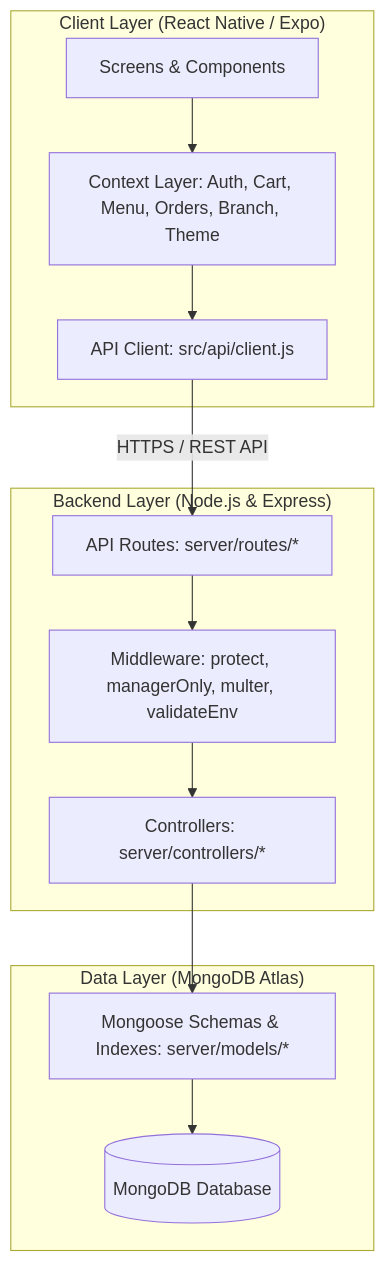
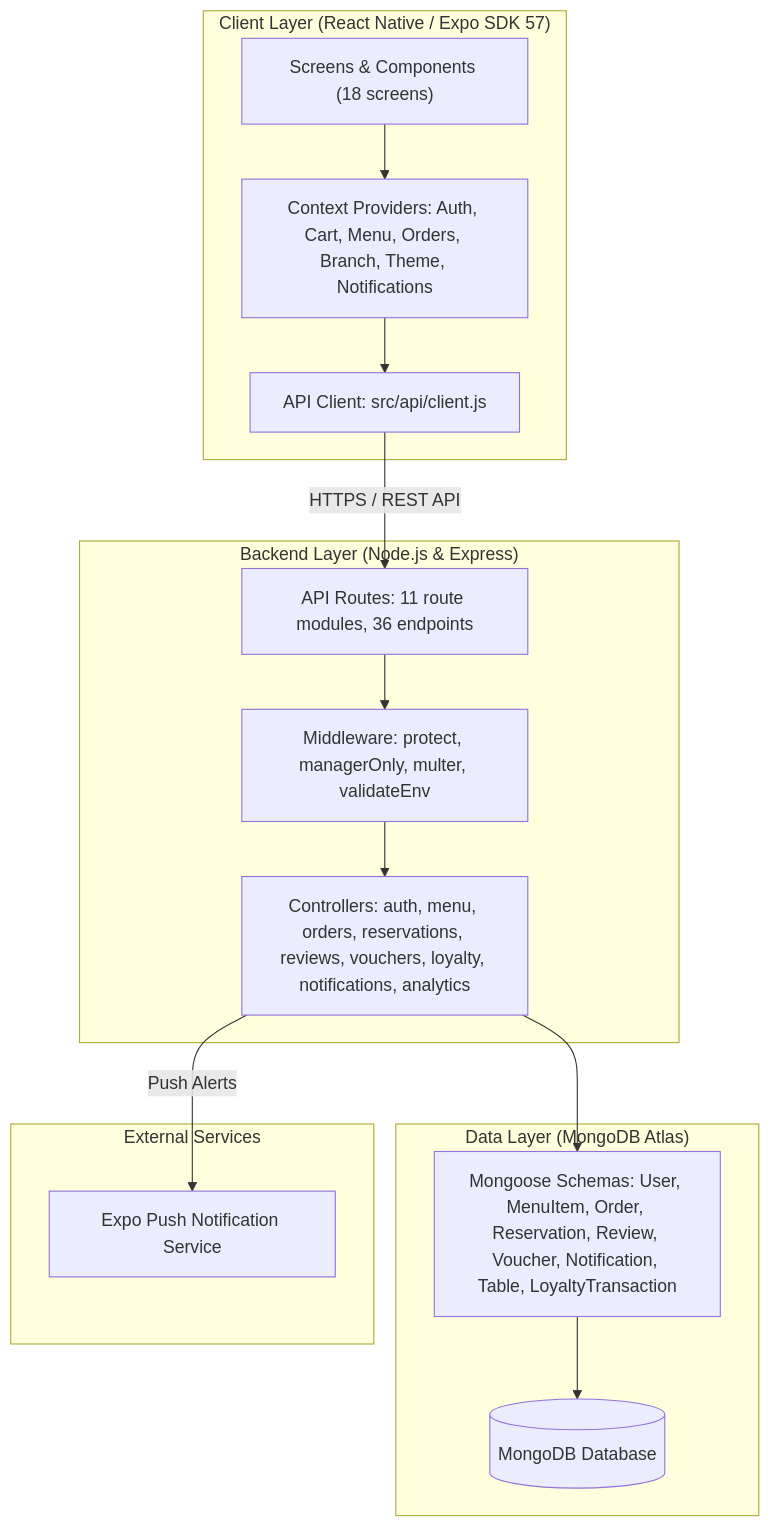
One commit to obaids093-prog/Restaurant-app-mvp changed the diagram in README.md. Above: the diagram before and after it, drawn with Mermaid. The commit also changed other lines of this file, not shown here.

Commit message:
docs(readme): comprehensive update reflecting vouchers, loyalty, reviews, notifications, analytics, and 36 API endpoints

````diff
--- a/README.md
+++ b/README.md
@@ -63,27 +90,32 @@
 ```mermaid
 graph TD
-    subgraph Client ["Client Layer (React Native / Expo)"]
-        UI[Screens & Components]
-        Contexts[Context Layer: Auth, Cart, Menu, Orders, Branch, Theme]
+    subgraph Client ["Client Layer (React Native / Expo SDK 57)"]
+        UI["Screens & Components (18 screens)"]
+        Contexts["Context Providers: Auth, Cart, Menu, Orders, Branch, Theme, Notifications"]
         ClientAPI[API Client: src/api/client.js]
         UI --> Contexts
         Contexts --> ClientAPI
     end
 
     subgraph Server ["Backend Layer (Node.js & Express)"]
-        Routes[API Routes: server/routes/*]
-        Middleware[Middleware: protect, managerOnly, multer, validateEnv]
-        Controllers[Controllers: server/controllers/*]
+        Routes["API Routes: 11 route modules, 36 endpoints"]
+        Middleware["Middleware: protect, managerOnly, multer, validateEnv"]
+        Controllers["Controllers: auth, menu, orders, reservations, reviews, vouchers, loyalty, notifications, analytics"]
         Routes --> Middleware
         Middleware --> Controllers
     end
 
     subgraph Data ["Data Layer (MongoDB Atlas)"]
-        Models[Mongoose Schemas & Indexes: server/models/*]
+        Models["Mongoose Schemas: User, MenuItem, Order, Reservation, Review, Voucher, Notification, Table, LoyaltyTransaction"]
         DB[(MongoDB Database)]
         Controllers --> Models
         Models --> DB
     end
 
+    subgraph External ["External Services"]
+        Push[Expo Push Notification Service]
+        Controllers -->|Push Alerts| Push
+    end
+
     ClientAPI -->|HTTPS / REST API| Routes
 ```
````
